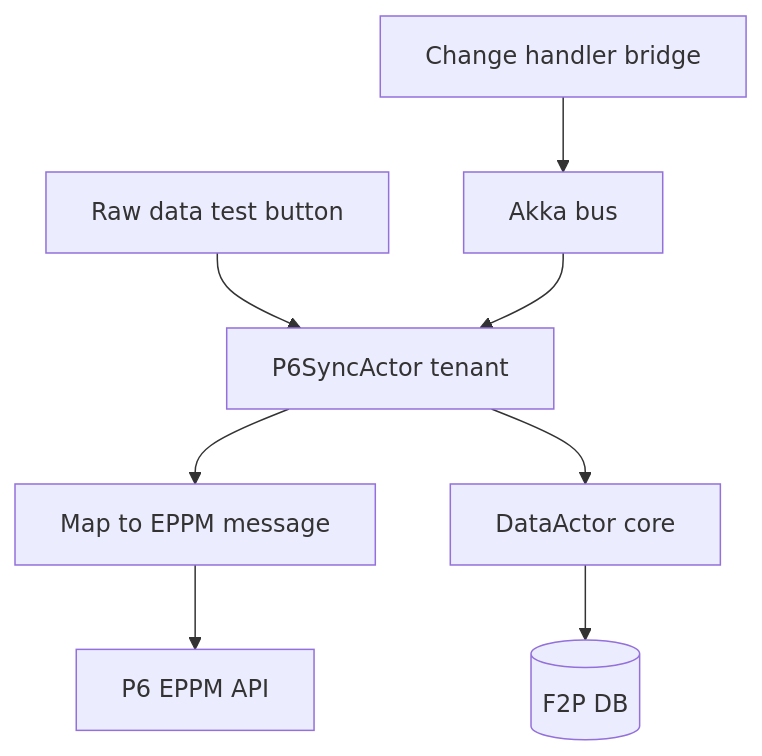
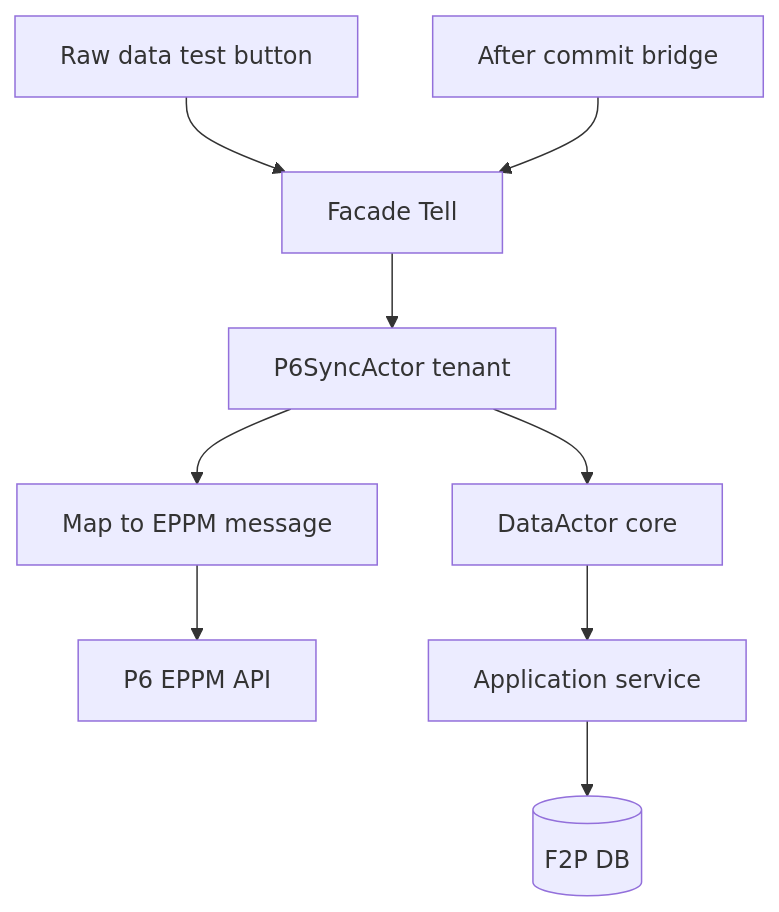
One commit to robbertF2P/Sandbox changed the third of 4 diagrams in docs/floor2plan-akka-actor-integration-design.md. Above: the diagram before and after it, drawn with Mermaid. The commit also changed other lines of this file, not shown here.

````diff
--- a/docs/floor2plan-akka-actor-integration-design.md
+++ b/docs/floor2plan-akka-actor-integration-design.md
@@ -133,10 +146,11 @@
 ```mermaid
 flowchart TB
-  BTN["Raw data test button"] --> P6["P6SyncActor tenant"]
-  CH["Change handler bridge"] --> BUS["Akka bus"]
-  BUS --> P6
+  BTN["Raw data test button"] --> FACADE["Facade Tell"]
+  FACADE --> P6["P6SyncActor tenant"]
+  COMMIT["After commit bridge"] --> FACADE
   P6 --> MAP["Map to EPPM message"]
   MAP --> P6API["P6 EPPM API"]
   P6 --> DATA["DataActor core"]
-  DATA --> DB[("F2P DB")]
+  DATA --> SVC["Application service"]
+  SVC --> DB[("F2P DB")]
 ```
````
